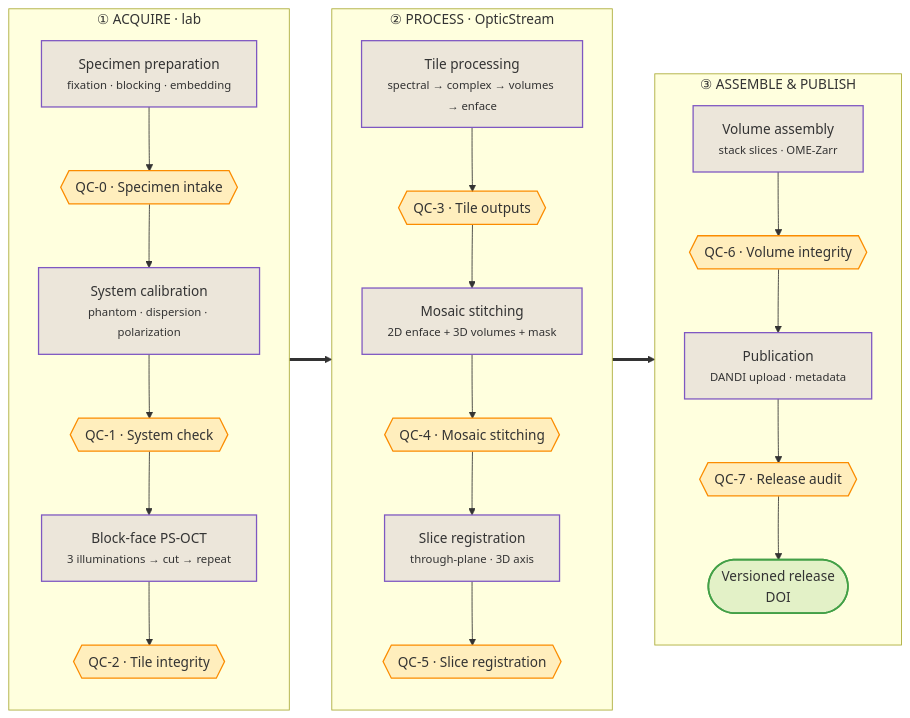
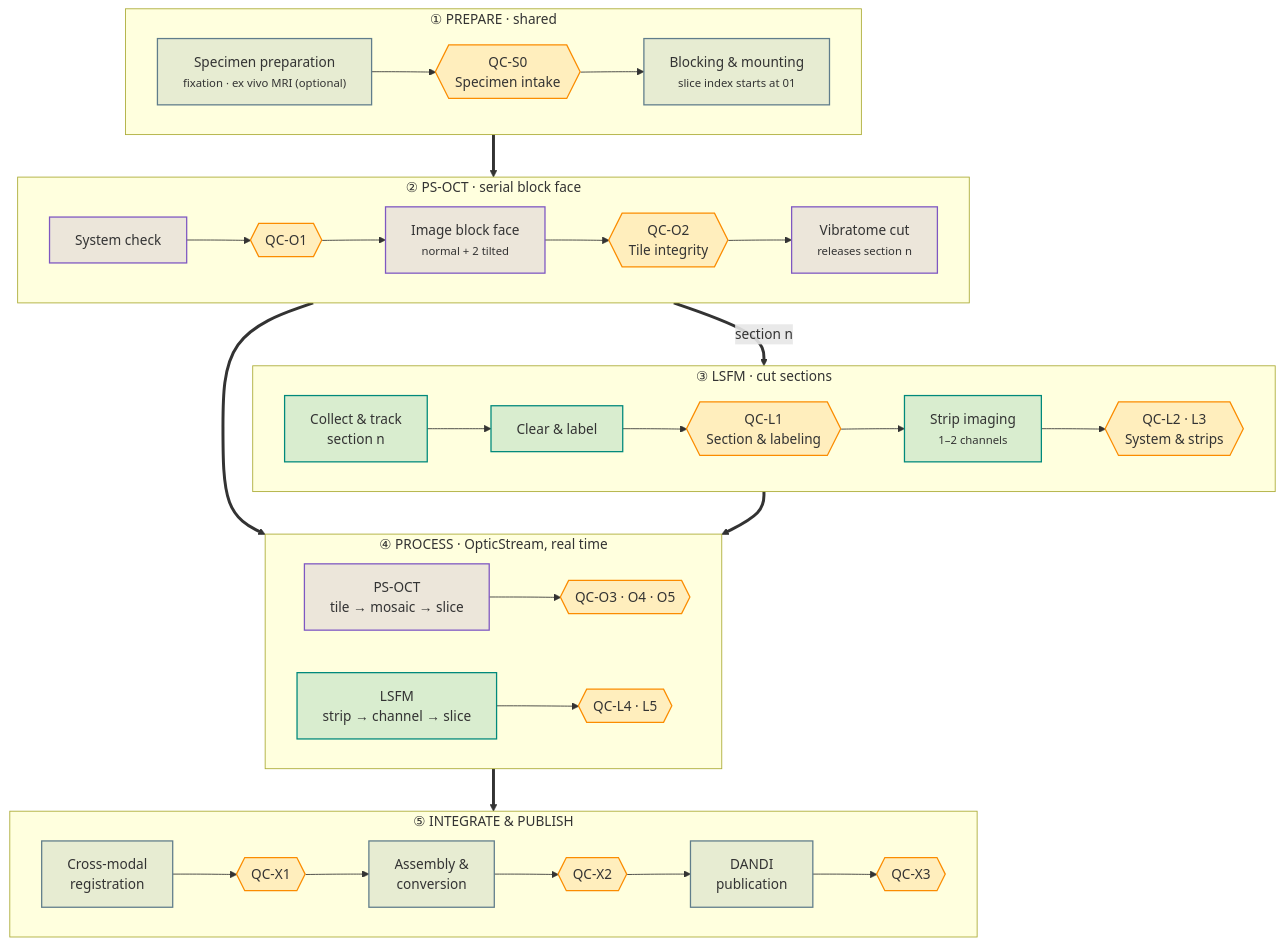
One commit to kabilar/linc-docs changed the first of 6 diagrams in docs/workflows/macaque-pipeline.md. Above: the diagram before and after it, drawn with Mermaid. The commit also changed other lines of this file and 2 other files, not shown here.

First line of the commit message:
Expand macaque protocol to the combined LSFM + PS-OCT systems

````diff
--- a/docs/workflows/macaque-pipeline.md
+++ b/docs/workflows/macaque-pipeline.md
@@ -98,40 +143,62 @@
 ```mermaid
-flowchart LR
-    subgraph ACQ["① ACQUIRE · lab"]
-        direction TB
-        s0["Specimen preparation<br/><small>fixation · blocking · embedding</small>"]:::stage
-        q0{{"QC-0 · Specimen intake"}}:::gate
-        s1["System calibration<br/><small>phantom · dispersion · polarization</small>"]:::stage
-        q1{{"QC-1 · System check"}}:::gate
-        s2["Block-face PS-OCT<br/><small>3 illuminations → cut → repeat</small>"]:::stage
-        q2{{"QC-2 · Tile integrity"}}:::gate
-        s0 --> q0 --> s1 --> q1 --> s2 --> q2
+flowchart TB
+    subgraph PREP["① PREPARE · shared"]
+        direction LR
+        s0["Specimen preparation<br/><small>fixation · ex vivo MRI (optional)</small>"]:::shared
+        qs0{{"QC-S0<br/>Specimen intake"}}:::gate
+        s1["Blocking & mounting<br/><small>slice index starts at 01</small>"]:::shared
+        s0 --> qs0 --> s1
     end
 
-    subgraph PROC["② PROCESS · OpticStream"]
-        direction TB
-        p1["Tile processing<br/><small>spectral → complex → volumes → enface</small>"]:::stage
-        q3{{"QC-3 · Tile outputs"}}:::gate
-        p2["Mosaic stitching<br/><small>2D enface + 3D volumes + mask</small>"]:::stage
-        q4{{"QC-4 · Mosaic stitching"}}:::gate
-        p3["Slice registration<br/><small>through-plane · 3D axis</small>"]:::stage
-        q5{{"QC-5 · Slice registration"}}:::gate
-        p1 --> q3 --> p2 --> q4 --> p3 --> q5
+    subgraph OCT["② PS-OCT · serial block face"]
+        direction LR
+        o1["System check"]:::oct
+        qo1{{"QC-O1"}}:::gate
+        o2["Image block face<br/><small>normal + 2 tilted</small>"]:::oct
+        qo2{{"QC-O2<br/>Tile integrity"}}:::gate
+        o3["Vibratome cut<br/><small>releases section n</small>"]:::oct
+        o1 --> qo1 --> o2 --> qo2 --> o3
     end
 
-    subgraph PUB["③ ASSEMBLE & PUBLISH"]
-        direction TB
-        v1["Volume assembly<br/><small>stack slices · OME-Zarr</small>"]:::stage
-        q6{{"QC-6 · Volume integrity"}}:::gate
-        v2["Publication<br/><small>DANDI upload · metadata</small>"]:::stage
-        q7{{"QC-7 · Release audit"}}:::gate
-        r(["Versioned release<br/>DOI"]):::done
-        v1 --> q6 --> v2 --> q7 --> r
+    subgraph LSM["③ LSFM · cut sections"]
+        direction LR
+        l1["Collect & track<br/>section n"]:::lsm
+        l2["Clear & label"]:::lsm
+        ql1{{"QC-L1<br/>Section & labeling"}}:::gate
+        l3["Strip imaging<br/><small>1–2 channels</small>"]:::lsm
+        ql2{{"QC-L2 · L3<br/>System & strips"}}:::gate
+        l1 --> l2 --> ql1 --> l3 --> ql2
     end
 
-    ACQ ==> PROC ==> PUB
+    subgraph PROC["④ PROCESS · OpticStream, real time"]
+        direction LR
+        p1["PS-OCT<br/>tile → mosaic → slice"]:::oct
+        qp1{{"QC-O3 · O4 · O5"}}:::gate
+        p2["LSFM<br/>strip → channel → slice"]:::lsm
+        qp2{{"QC-L4 · L5"}}:::gate
+        p1 --> qp1
+        p2 --> qp2
+    end
 
-    classDef stage fill:#7e57c226,stroke:#7e57c2,stroke-width:1.5px;
+    subgraph INT["⑤ INTEGRATE & PUBLISH"]
+        direction LR
+        x1["Cross-modal<br/>registration"]:::shared
+        qx1{{"QC-X1"}}:::gate
+        x2["Assembly &<br/>conversion"]:::shared
+        qx2{{"QC-X2"}}:::gate
+        x3["DANDI<br/>publication"]:::shared
+        qx3{{"QC-X3"}}:::gate
+        x1 --> qx1 --> x2 --> qx2 --> x3 --> qx3
+    end
+
+    PREP ==> OCT
+    OCT ==>|"section n"| LSM
+    OCT ==> PROC
+    LSM ==> PROC
+    PROC ==> INT
+
+    classDef shared fill:#607d8b26,stroke:#607d8b,stroke-width:1.5px;
+    classDef oct fill:#7e57c226,stroke:#7e57c2,stroke-width:1.5px;
+    classDef lsm fill:#00897b26,stroke:#00897b,stroke-width:1.5px;
     classDef gate fill:#fb8c0026,stroke:#fb8c00,stroke-width:1.5px;
-    classDef done fill:#43a04726,stroke:#43a047,stroke-width:2px;
 ```
````
